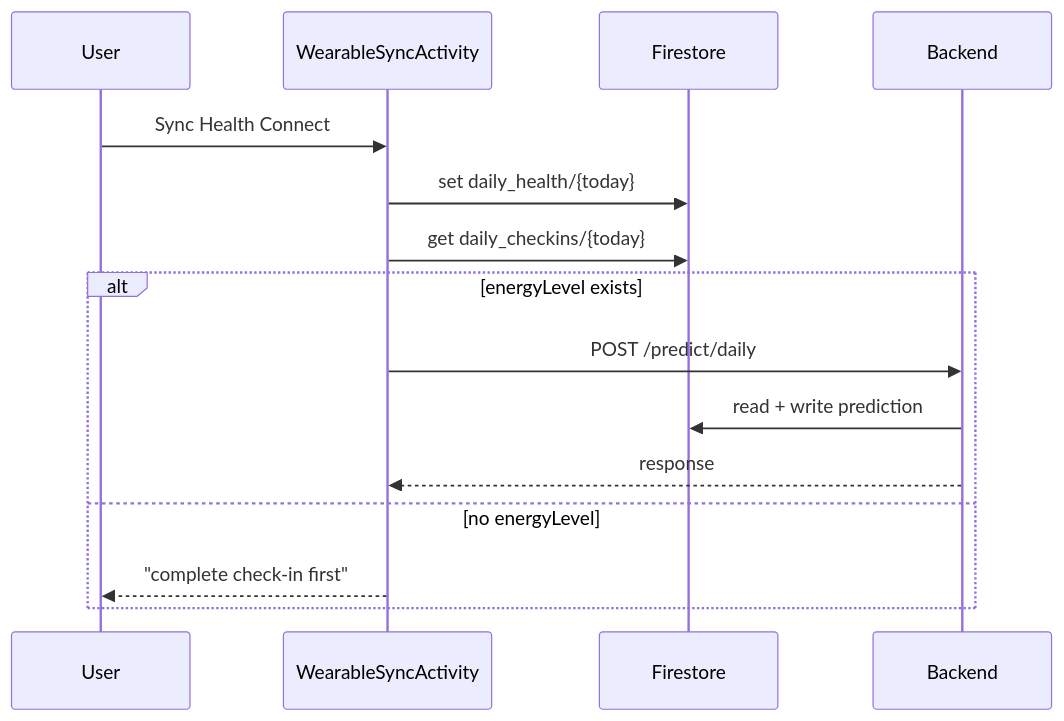
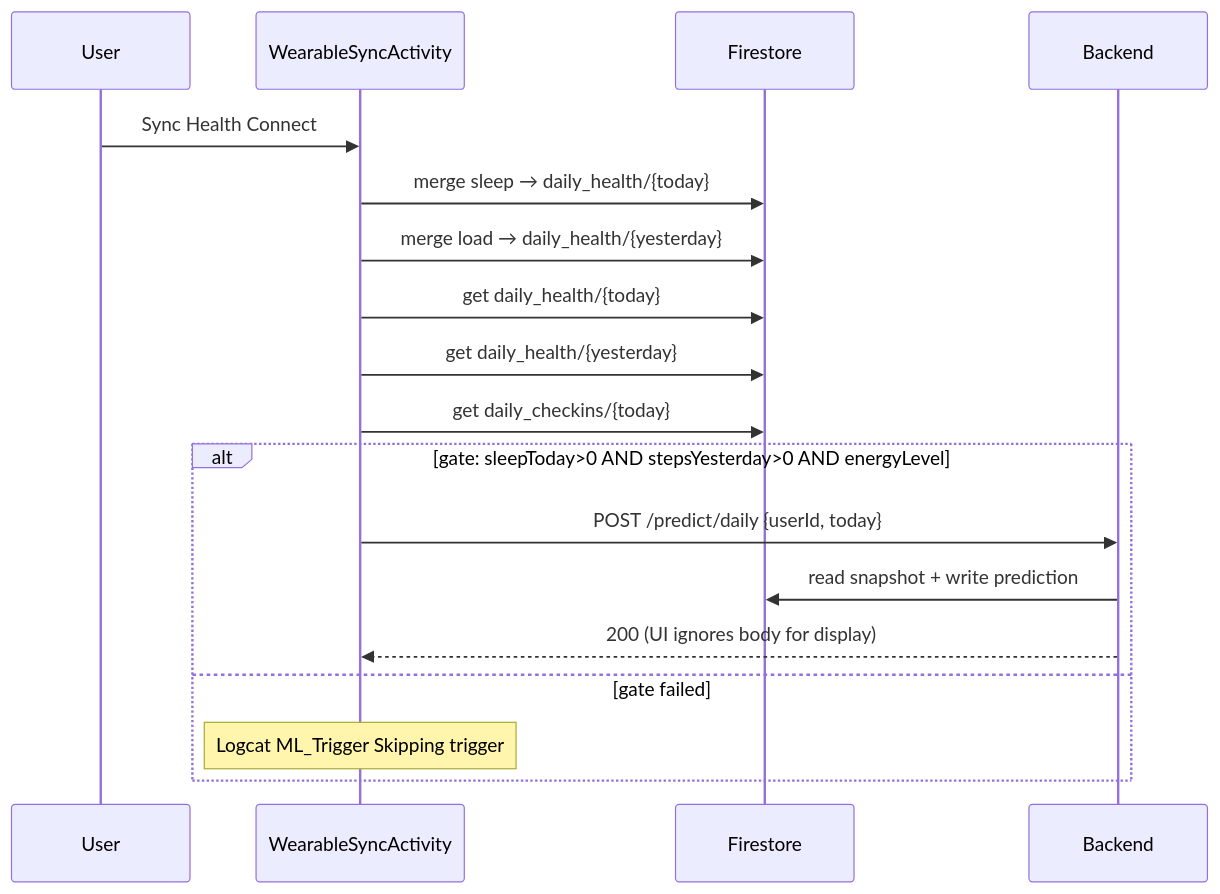
One commit to yahav97/final_project_AthleAgent changed the fourth of 5 diagrams in docs/LLD.md. Above: the diagram before and after it, drawn with Mermaid. The commit also changed other lines of this file and 7 other files, not shown here.

````diff
--- a/docs/LLD.md
+++ b/docs/LLD.md
@@ -380,18 +569,21 @@
 ```mermaid
 sequenceDiagram
     participant U as User
     participant WS as WearableSyncActivity
     participant FS as Firestore
     participant BE as Backend
 
     U->>WS: Sync Health Connect
-    WS->>FS: set daily_health/{today}
+    WS->>FS: merge sleep → daily_health/{today}
+    WS->>FS: merge load → daily_health/{yesterday}
+    WS->>FS: get daily_health/{today}
+    WS->>FS: get daily_health/{yesterday}
     WS->>FS: get daily_checkins/{today}
-    alt energyLevel exists
-        WS->>BE: POST /predict/daily
-        BE->>FS: read + write prediction
-        BE-->>WS: response
-    else no energyLevel
-        WS-->>U: "complete check-in first"
+    alt gate: sleepToday>0 AND stepsYesterday>0 AND energyLevel
+        WS->>BE: POST /predict/daily {userId, today}
+        BE->>FS: read snapshot + write prediction
+        BE-->>WS: 200 (UI ignores body for display)
+    else gate failed
+        Note over WS: Logcat ML_Trigger Skipping trigger
     end
 ```
````
